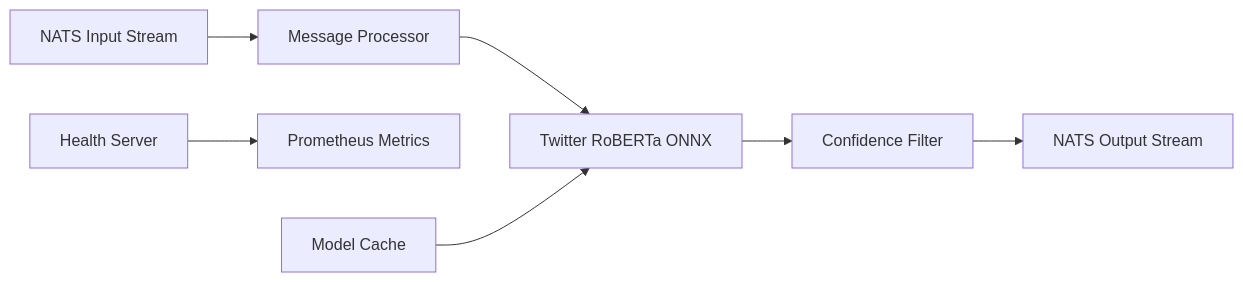
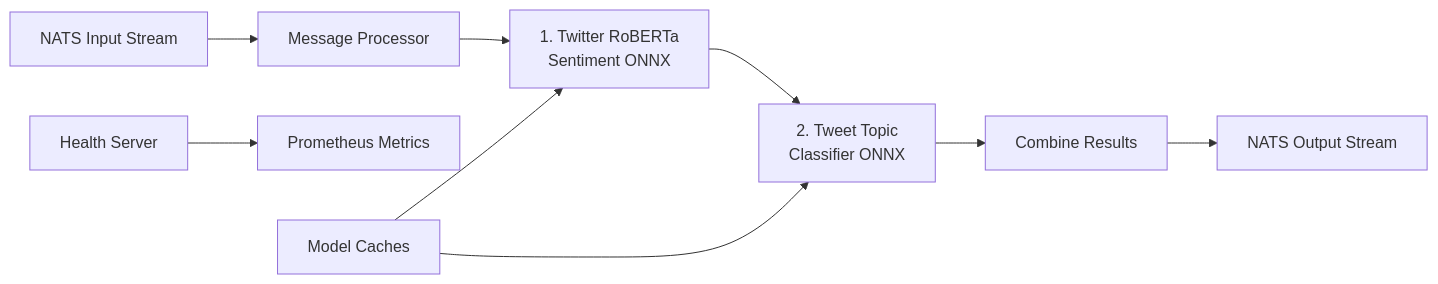
One commit to richardr1126/nats-stream-processor changed the diagram in README.md. Above: the diagram before and after it, drawn with Mermaid. The commit also changed other lines of this file and 8 other files, not shown here.

````diff
--- a/README.md
+++ b/README.md
@@ -93,10 +100,12 @@
 ```mermaid
 graph LR
     A[NATS Input Stream] --> B[Message Processor]
-    B --> C[Twitter RoBERTa ONNX]
-    C --> D[Confidence Filter]
-    D --> E[NATS Output Stream]
+    B --> C[1. Twitter RoBERTa<br/>Sentiment ONNX]
+    C --> D[2. Tweet Topic<br/>Classifier ONNX]
+    D --> E[Combine Results]
+    E --> F[NATS Output Stream]
     
-    F[Health Server] --> G[Prometheus Metrics]
-    H[Model Cache] --> C
+    G[Health Server] --> H[Prometheus Metrics]
+    I[Model Caches] --> C
+    I --> D
 ```
````
